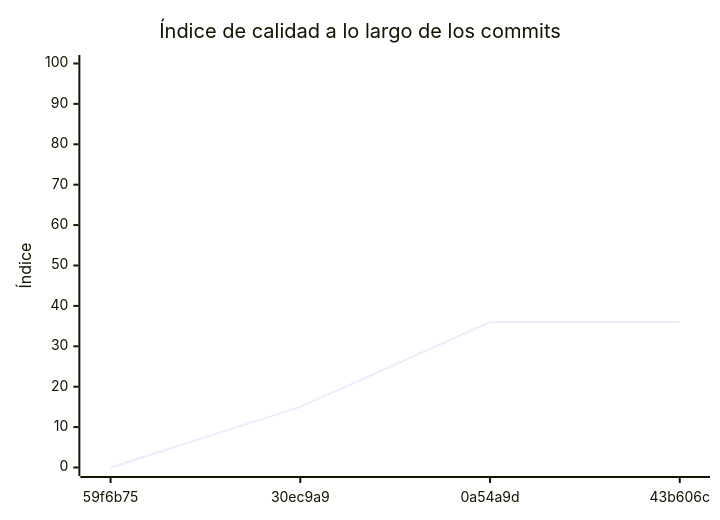
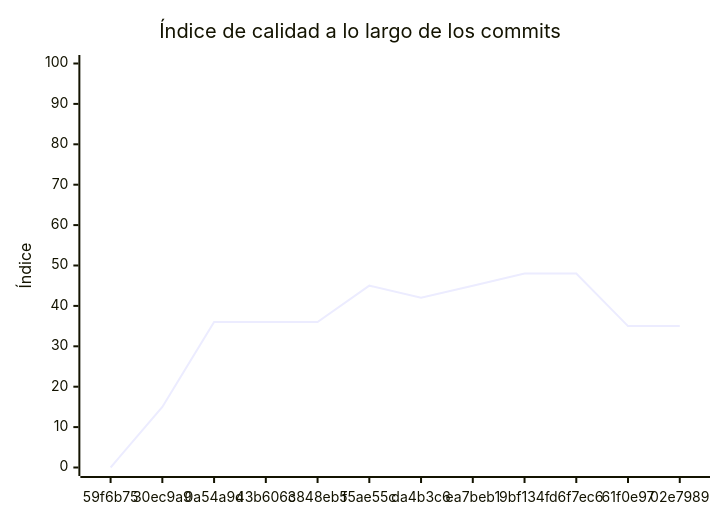
One commit to prog-2-SQR/Frontend-KMP changed the diagram in docs/EVALUACION.md. Above: the diagram before and after it, drawn with Mermaid. The commit also changed other lines of this file and 1 other file, not shown here.

````diff
--- a/docs/EVALUACION.md
+++ b/docs/EVALUACION.md
@@ -136,7 +297,7 @@
 ```mermaid
 xychart-beta
     title "Índice de calidad a lo largo de los commits"
-    x-axis ["59f6b75", "30ec9a9", "0a54a9d", "43b606c"]
+    x-axis ["59f6b75", "30ec9a9", "0a54a9d", "43b606c", "3848eb5", "f5ae55c", "da4b3c6", "ea7beb1", "9bf134f", "d6f7ec6", "61f0e97", "02e7989"]
     y-axis "Índice" 0 --> 100
-    line [0, 15, 36, 36]
+    line [0, 15, 36, 36, 36, 45, 42, 45, 48, 48, 35, 35]
 ```
````
